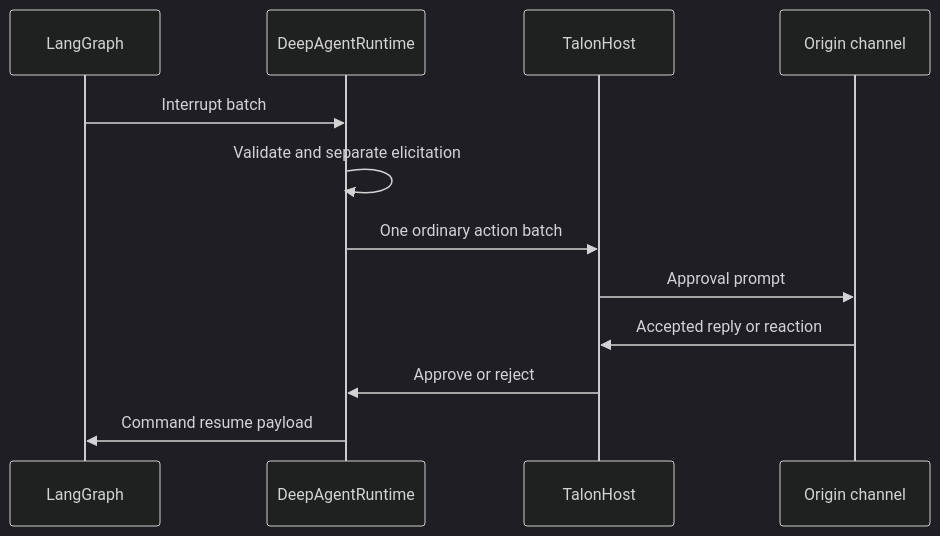
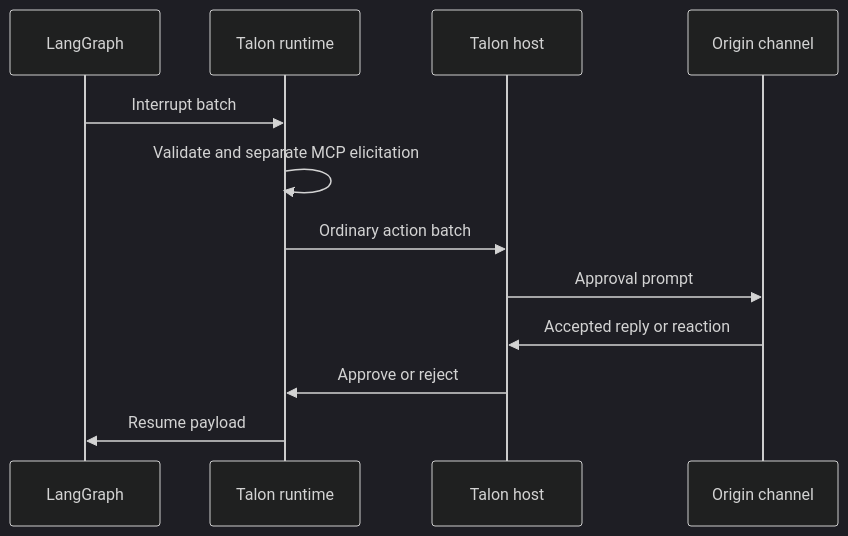
One commit to langchain-ai/deepagents changed the second of 2 diagrams in openwiki/concepts/permissions-hitl.md. Above: the diagram before and after it, drawn with Mermaid (dark theme). The commit also changed other lines of this file and 47 other files, not shown here.

````diff
--- a/openwiki/concepts/permissions-hitl.md
+++ b/openwiki/concepts/permissions-hitl.md
@@ -131,14 +125,14 @@
 ```mermaid
 sequenceDiagram
     participant Graph as LangGraph
-    participant Runtime as DeepAgentRuntime
-    participant Host as TalonHost
-    participant Origin as Origin channel
+    participant Runtime as Talon runtime
+    participant Host as Talon host
+    participant Channel as Origin channel
     Graph->>Runtime: Interrupt batch
-    Runtime->>Runtime: Validate and separate elicitation
-    Runtime->>Host: One ordinary action batch
-    Host->>Origin: Approval prompt
-    Origin->>Host: Accepted reply or reaction
+    Runtime->>Runtime: Validate and separate MCP elicitation
+    Runtime->>Host: Ordinary action batch
+    Host->>Channel: Approval prompt
+    Channel->>Host: Accepted reply or reaction
     Host->>Runtime: Approve or reject
-    Runtime->>Graph: Command resume payload
+    Runtime->>Graph: Resume payload
 ```
````
